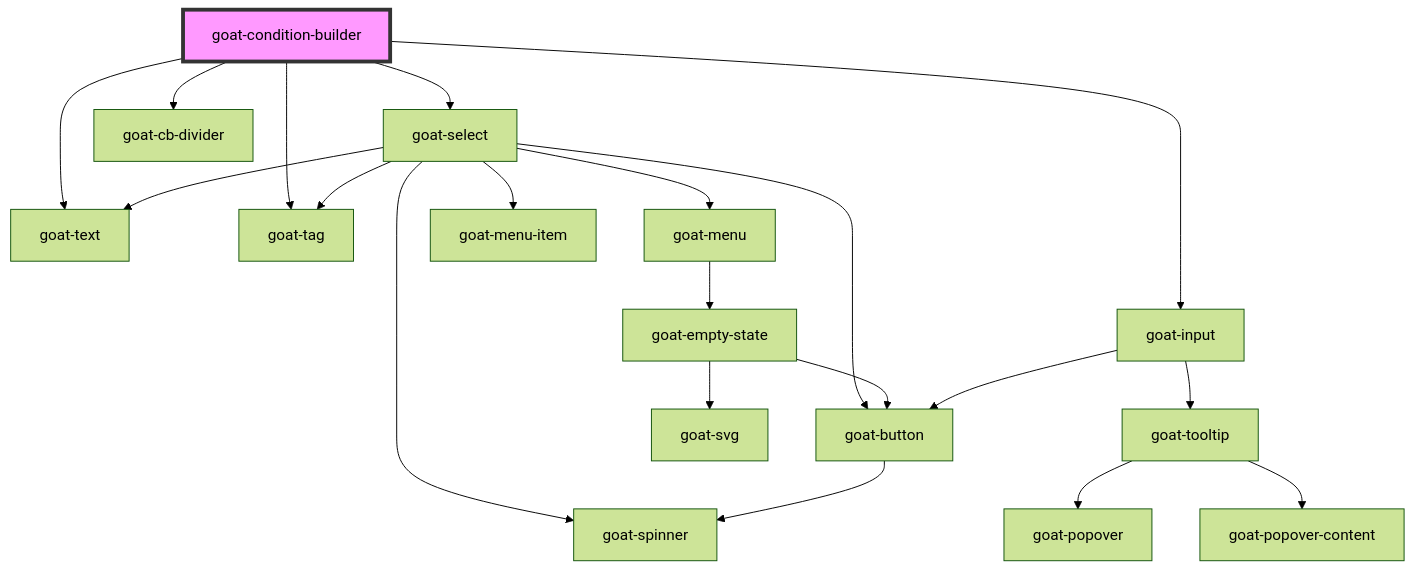
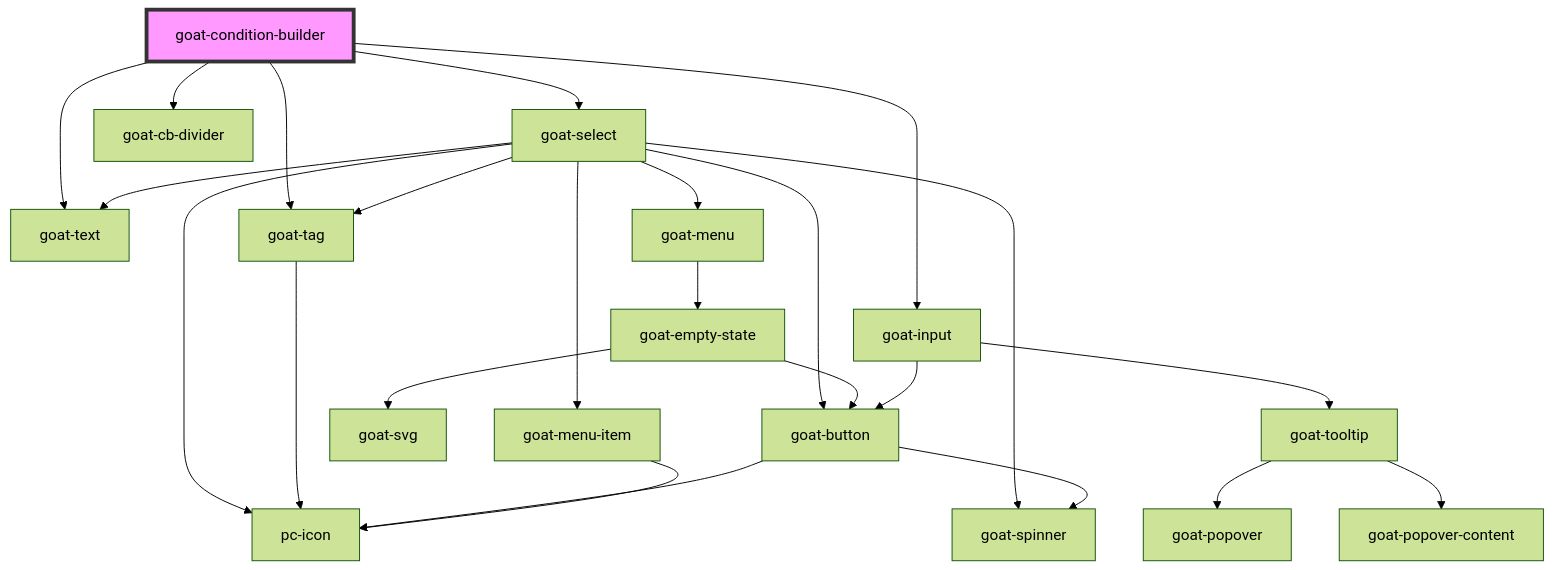
The diagram in src/components/application/condition-builder/condition-builder/readme.md (redvars/peacock), drawn with Mermaid (forest theme) before and after one commit. The commit also changed 64 other files, not shown here.

Commit message:
icon migrate from goat to peacock

````diff
--- a/src/components/application/condition-builder/condition-builder/readme.md
+++ b/src/components/application/condition-builder/condition-builder/readme.md
@@ -26,23 +26,27 @@
 ```mermaid
 graph TD;
   goat-condition-builder --> goat-select
   goat-condition-builder --> goat-input
   goat-condition-builder --> goat-text
   goat-condition-builder --> goat-cb-divider
   goat-condition-builder --> goat-tag
+  goat-select --> pc-icon
   goat-select --> goat-tag
   goat-select --> goat-button
   goat-select --> goat-spinner
   goat-select --> goat-menu
   goat-select --> goat-text
   goat-select --> goat-menu-item
+  goat-tag --> pc-icon
   goat-button --> goat-spinner
+  goat-button --> pc-icon
   goat-menu --> goat-empty-state
   goat-empty-state --> goat-svg
   goat-empty-state --> goat-button
+  goat-menu-item --> pc-icon
   goat-input --> goat-tooltip
   goat-input --> goat-button
   goat-tooltip --> goat-popover
   goat-tooltip --> goat-popover-content
   style goat-condition-builder fill:#f9f,stroke:#333,stroke-width:4px
 ```
````
